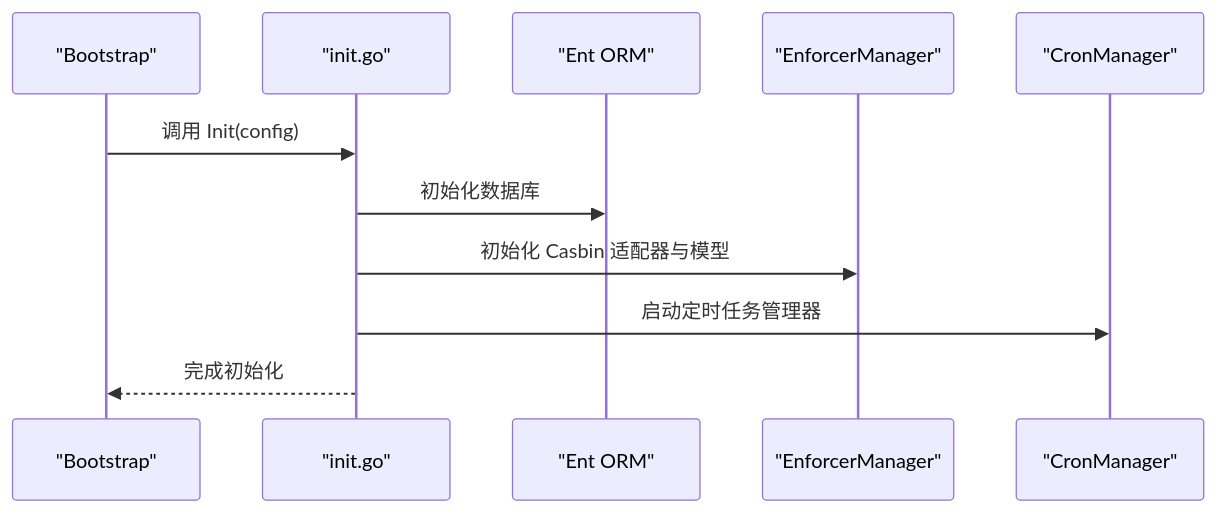
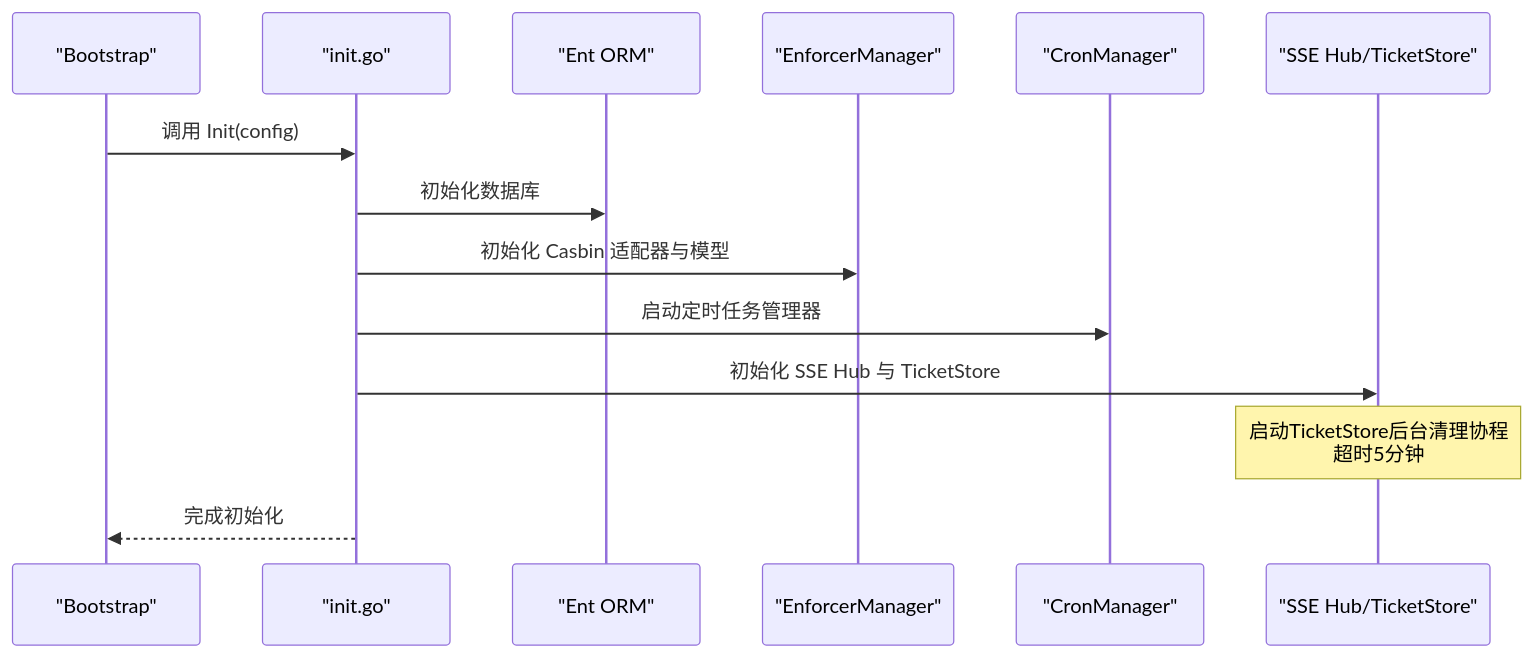
Before and after one commit to wuwuseo/e-sports-go-admin: the sixth of 7 diagrams in .qoder/repowiki/zh/content/架构设计/中间件架构.md, drawn with Mermaid. The commit also changed other lines of this file and 42 other files, not shown here.

````diff
--- a/.qoder/repowiki/zh/content/架构设计/中间件架构.md
+++ b/.qoder/repowiki/zh/content/架构设计/中间件架构.md
@@ -229,13 +287,16 @@
 ```mermaid
 sequenceDiagram
 participant Boot as "Bootstrap"
 participant Init as "init.go"
 participant ORM as "Ent ORM"
 participant Casbin as "EnforcerManager"
 participant Cron as "CronManager"
+participant SSE as "SSE Hub/TicketStore"
 Boot->>Init : 调用 Init(config)
 Init->>ORM : 初始化数据库
 Init->>Casbin : 初始化 Casbin 适配器与模型
 Init->>Cron : 启动定时任务管理器
+Init->>SSE : 初始化 SSE Hub 与 TicketStore
+Note over SSE: 启动TicketStore后台清理协程<br/>超时5分钟
 Init-->>Boot : 完成初始化
 ```
````
